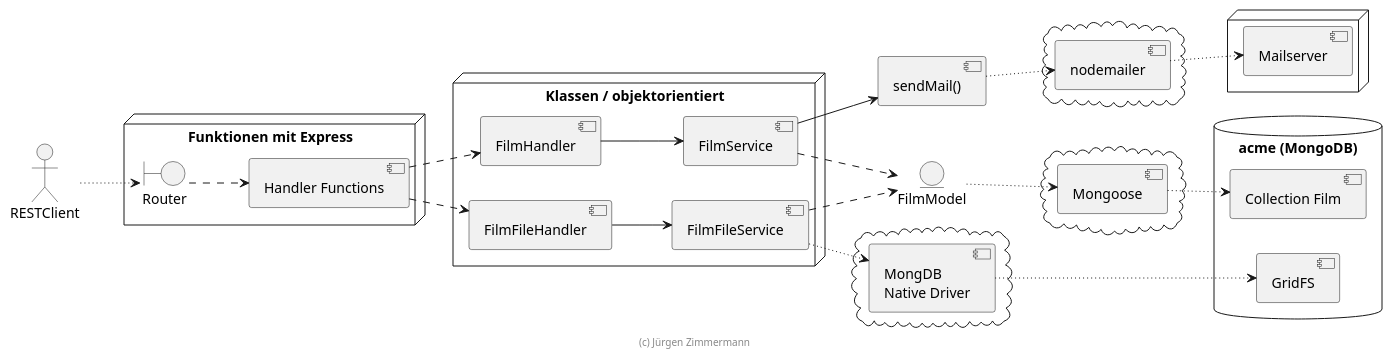
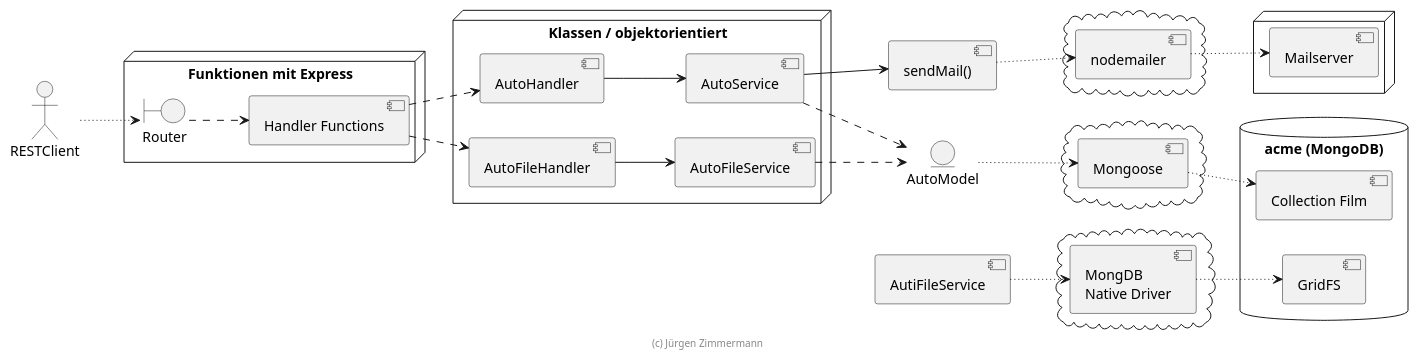
One commit to marcelmaerdian/SWE-SS21 changed the diagram in doc/entwicklerhandbuch/komponenten.puml. Above: the diagram before and after it, drawn with PlantUML. The commit also changed 5 other files, not shown here.

```diff
--- a/doc/entwicklerhandbuch/komponenten.puml
+++ b/doc/entwicklerhandbuch/komponenten.puml
@@ -15,69 +15,69 @@
 @startuml Komponenten
 
 skinparam componentStyle uml2
 
 left to right direction
 
 actor RESTClient
 
 node "Funktionen mit Express" {
   boundary Router
   [Handler Functions]
 }
 
 node "Klassen / objektorientiert" {
-  [FilmHandler]
-  [FilmFileHandler]
+  [AutoHandler]
+  [AutoFileHandler]
 
-  [FilmService]
-  [FilmFileService]
+  [AutoService]
+  [AutoFileService]
 }
 
 [sendMail()] as sendMail
 
-entity FilmModel
+entity AutoModel
 
 cloud {
     [Mongoose]
 }
 
 cloud {
     [MongDB\nNative Driver]
 }
 
 cloud {
     [nodemailer]
 }
 
 database "acme (MongoDB)" {
     [Collection Film]
     [GridFS]
 }
 
 node {
     [Mailserver]
 }
 
 
 RESTClient ~~> [Router]
 [Router] ..> [Handler Functions]
-[Handler Functions] ..> [FilmHandler]
-[Handler Functions] ..> [FilmFileHandler]
+[Handler Functions] ..> [AutoHandler]
+[Handler Functions] ..> [AutoFileHandler]
 
-[FilmHandler] --> [FilmService]
-[FilmFileHandler] --> [FilmFileService]
-[FilmService] ..> [FilmModel]
-[FilmFileService] ..> [FilmModel]
+[AutoHandler] --> [AutoService]
+[AutoFileHandler] --> [AutoFileService]
+[AutoService] ..> [AutoModel]
+[AutoFileService] ..> [AutoModel]
 
-[FilmModel] ~~> [Mongoose]
-[FilmFileService] ~~> [MongDB\nNative Driver]
+[AutoModel] ~~> [Mongoose]
+[AutiFileService] ~~> [MongDB\nNative Driver]
 [sendMail] ~~> [nodemailer]
 [Mongoose] ~~> [Collection Film]
 [MongDB\nNative Driver] ~~> [GridFS]
 
-[FilmService] --> [sendMail]
+[AutoService] --> [sendMail]
 [nodemailer] ~~> [Mailserver]
 
 footer (c) Jürgen Zimmermann
 
 @enduml
```
